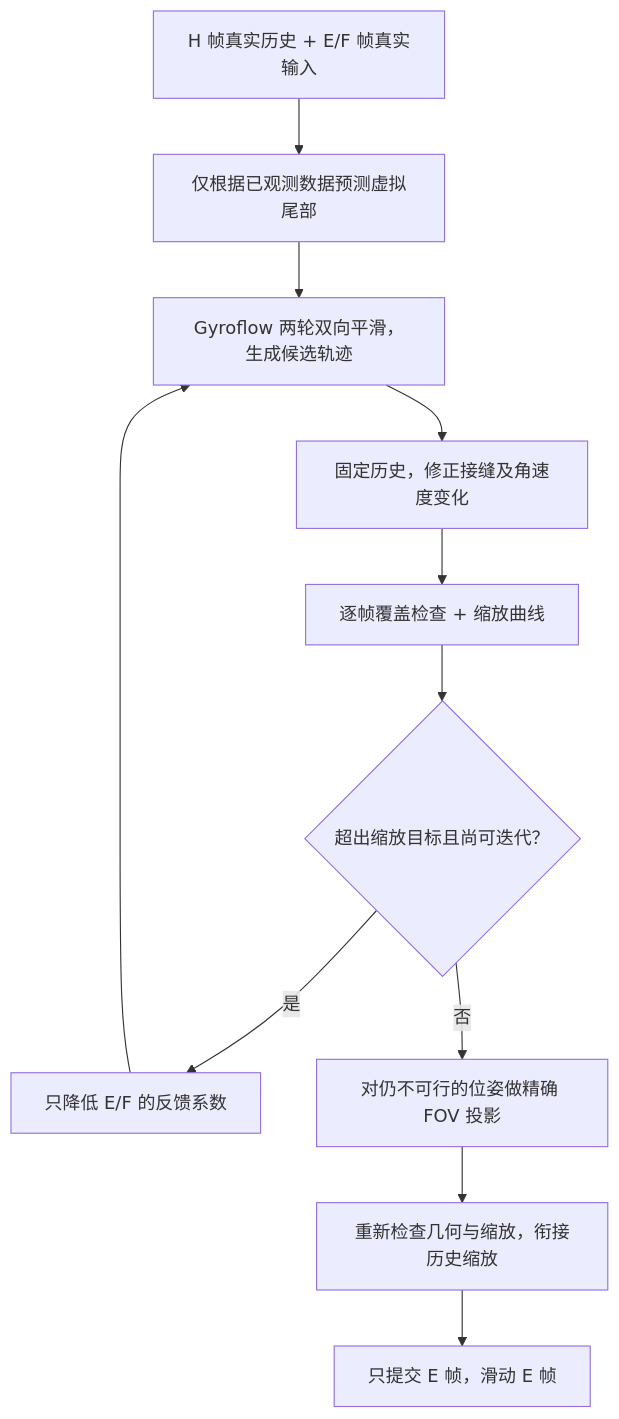
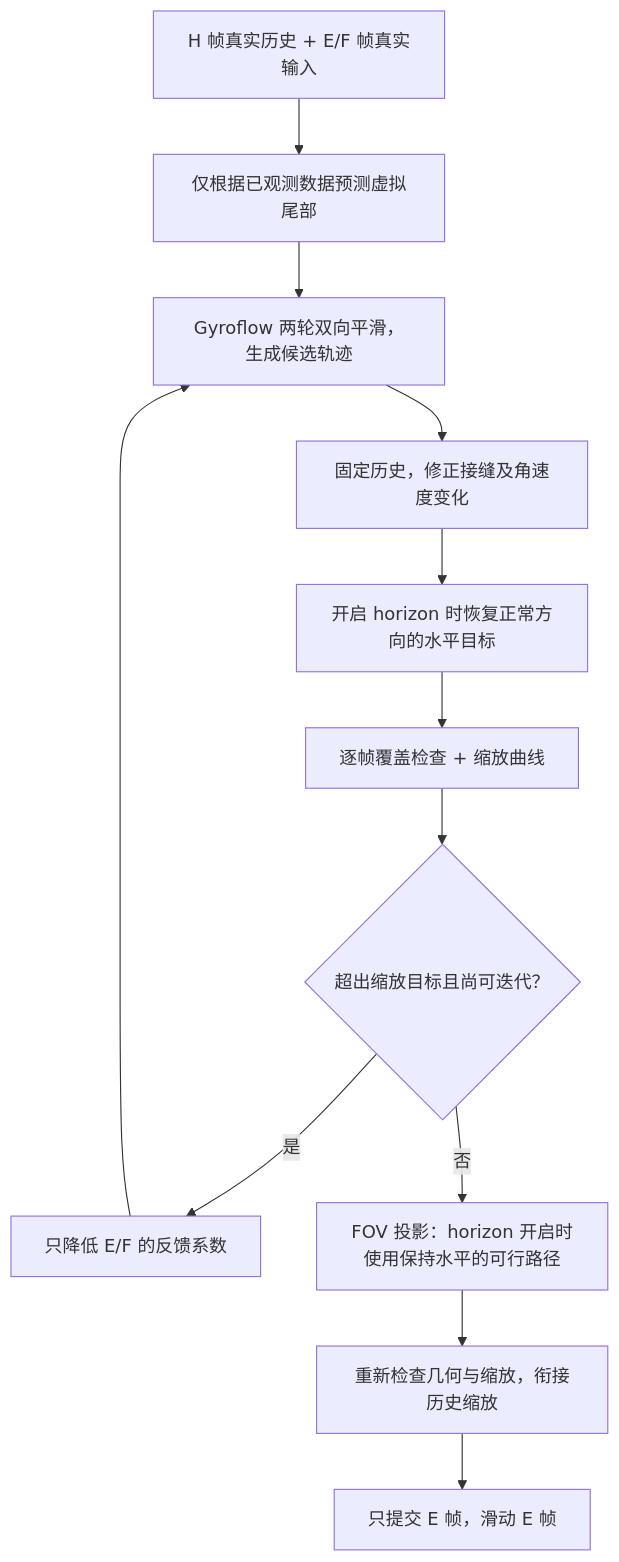
Before and after one commit to superguymj/EIS: the diagram in docs/gyroflow-sliding-window.md, drawn with Mermaid. The commit also changed other lines of this file and 33 other files, not shown here.

````diff
--- a/docs/gyroflow-sliding-window.md
+++ b/docs/gyroflow-sliding-window.md
@@ -61,13 +61,14 @@
 ```mermaid
 flowchart TD
     A["H 帧真实历史 + E/F 帧真实输入"] --> B["仅根据已观测数据预测虚拟尾部"]
     B --> C["Gyroflow 两轮双向平滑，生成候选轨迹"]
     C --> D["固定历史，修正接缝及角速度变化"]
-    D --> G["逐帧覆盖检查 + 缩放曲线"]
+    D --> L["开启 horizon 时恢复正常方向的水平目标"]
+    L --> G["逐帧覆盖检查 + 缩放曲线"]
     G --> I{"超出缩放目标且尚可迭代？"}
     I -->|是| J["只降低 E/F 的反馈系数"]
     J --> C
-    I -->|否| P["对仍不可行的位姿做精确 FOV 投影"]
+    I -->|否| P["FOV 投影：horizon 开启时使用保持水平的可行路径"]
     P --> Z["重新检查几何与缩放，衔接历史缩放"]
     Z --> O["只提交 E 帧，滑动 E 帧"]
 ```
````
